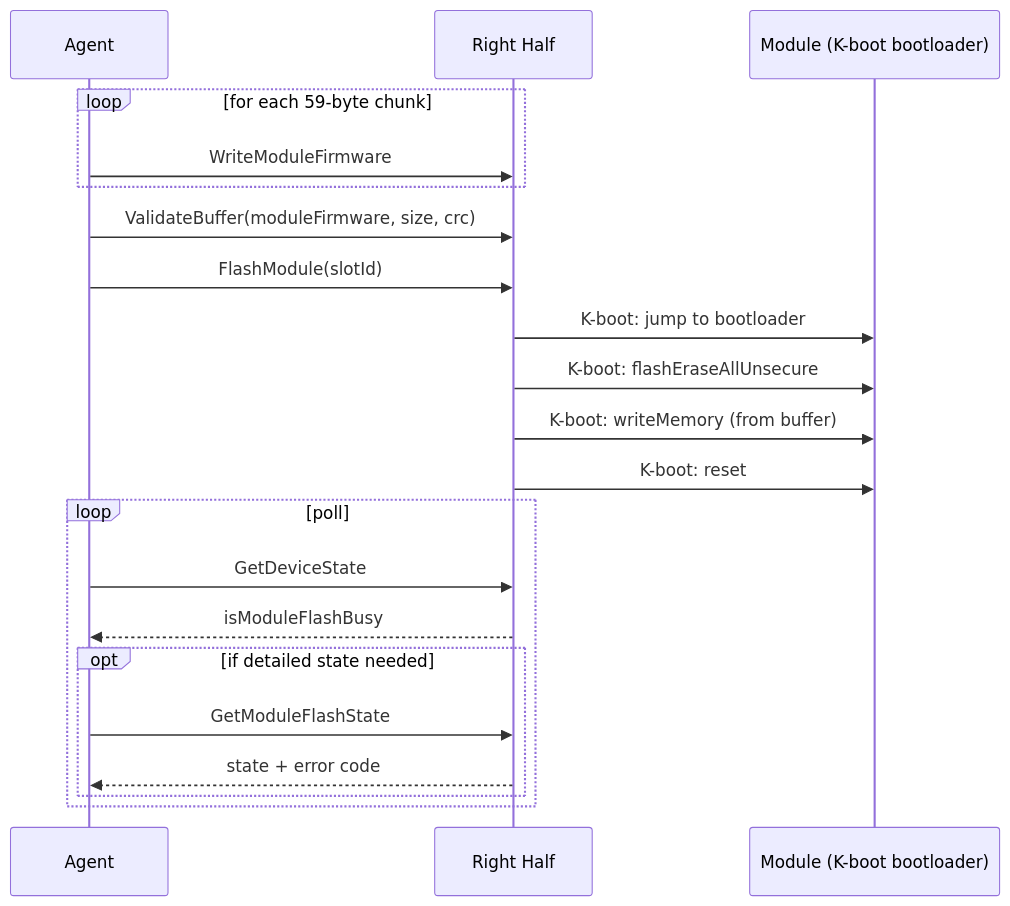
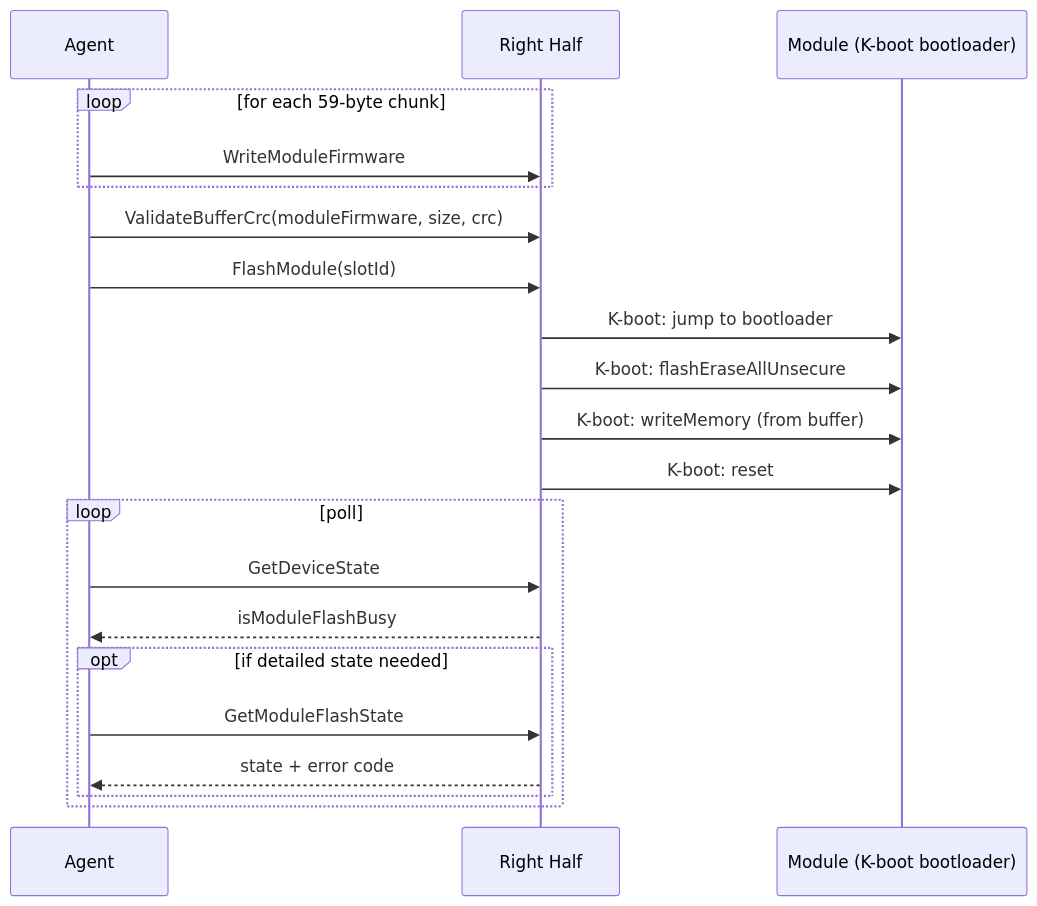
The third of 3 diagrams in doc-dev/other/flashing/firmware-upload-proposal.md (UltimateHackingKeyboard/firmware), drawn with Mermaid before and after one commit. The commit also changed other lines of this file, not shown here.

````diff
--- a/doc-dev/other/flashing/firmware-upload-proposal.md
+++ b/doc-dev/other/flashing/firmware-upload-proposal.md
@@ -136,24 +136,24 @@
 ```mermaid
 sequenceDiagram
     participant A as Agent
     participant R as Right Half
     participant M as Module (K-boot bootloader)
 
     loop for each 59-byte chunk
         A->>R: WriteModuleFirmware
     end
-    A->>R: ValidateBuffer(moduleFirmware, size, crc)
+    A->>R: ValidateBufferCrc(moduleFirmware, size, crc)
     A->>R: FlashModule(slotId)
     R->>M: K-boot: jump to bootloader
     R->>M: K-boot: flashEraseAllUnsecure
     R->>M: K-boot: writeMemory (from buffer)
     R->>M: K-boot: reset
     loop poll
         A->>R: GetDeviceState
         R-->>A: isModuleFlashBusy
         opt if detailed state needed
             A->>R: GetModuleFlashState
             R-->>A: state + error code
         end
     end
 ```
````
